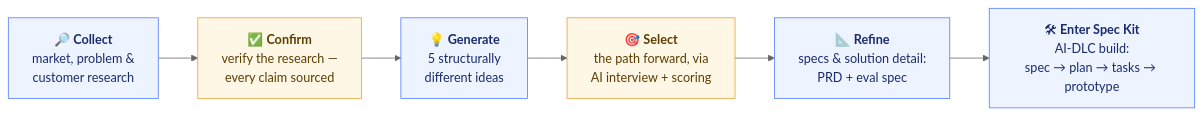
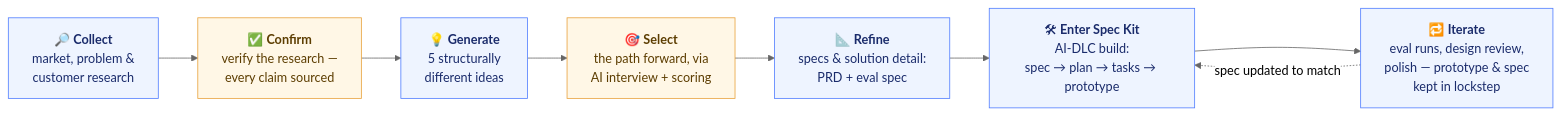
Before and after one commit to gilstrickland-ship-it/HCP-Case-Study: the diagram in README.md, drawn with Mermaid (neutral theme).

Commit message:
Add Iterate step to the AI-partner process diagram
Prototype/spec iteration follows the Spec Kit build, with a loop-back
edge showing the spec kept in lockstep with the shipped prototype.

````diff
--- a/README.md
+++ b/README.md
@@ -76,16 +76,18 @@
 ```mermaid
 flowchart LR
     A["🔎 <b>Collect</b><br/>market, problem &<br/>customer research"]
     B["✅ <b>Confirm</b><br/>verify the research —<br/>every claim sourced"]
     C["💡 <b>Generate</b><br/>5 structurally<br/>different ideas"]
     D["🎯 <b>Select</b><br/>the path forward, via<br/>AI interview + scoring"]
     E["📐 <b>Refine</b><br/>specs & solution detail:<br/>PRD + eval spec"]
     F["🛠 <b>Enter Spec Kit</b><br/>AI-DLC build:<br/>spec → plan → tasks → prototype"]
+    G["🔁 <b>Iterate</b><br/>eval runs, design review,<br/>polish — prototype & spec<br/>kept in lockstep"]
 
-    A --> B --> C --> D --> E --> F
+    A --> B --> C --> D --> E --> F --> G
+    G -. "spec updated to match" .-> F
 
     classDef ai fill:#eef4ff,stroke:#4f7cff,color:#1a2b6b
     classDef human fill:#fff7e6,stroke:#e8a13a,color:#5c3d00
-    class A,C,E,F ai
+    class A,C,E,F,G ai
     class B,D human
 ```
````
